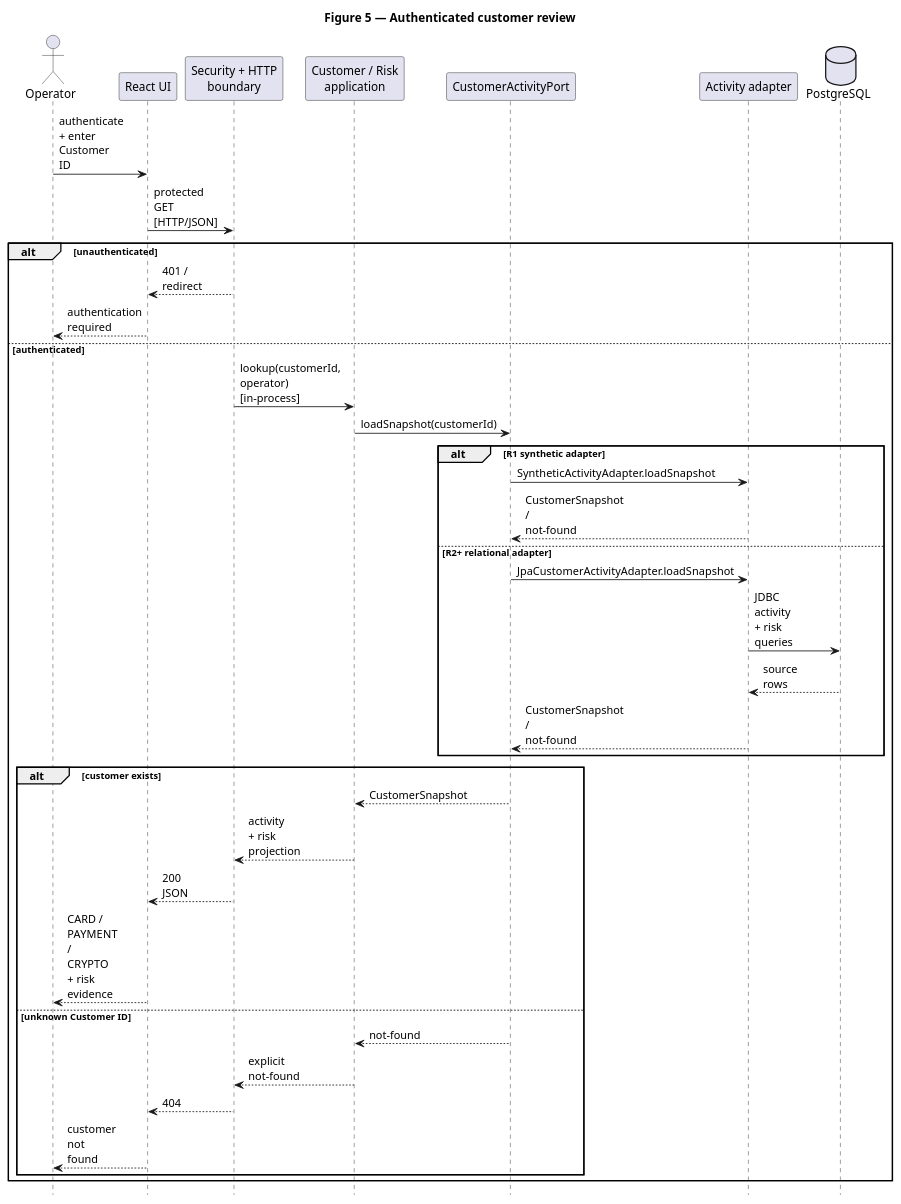
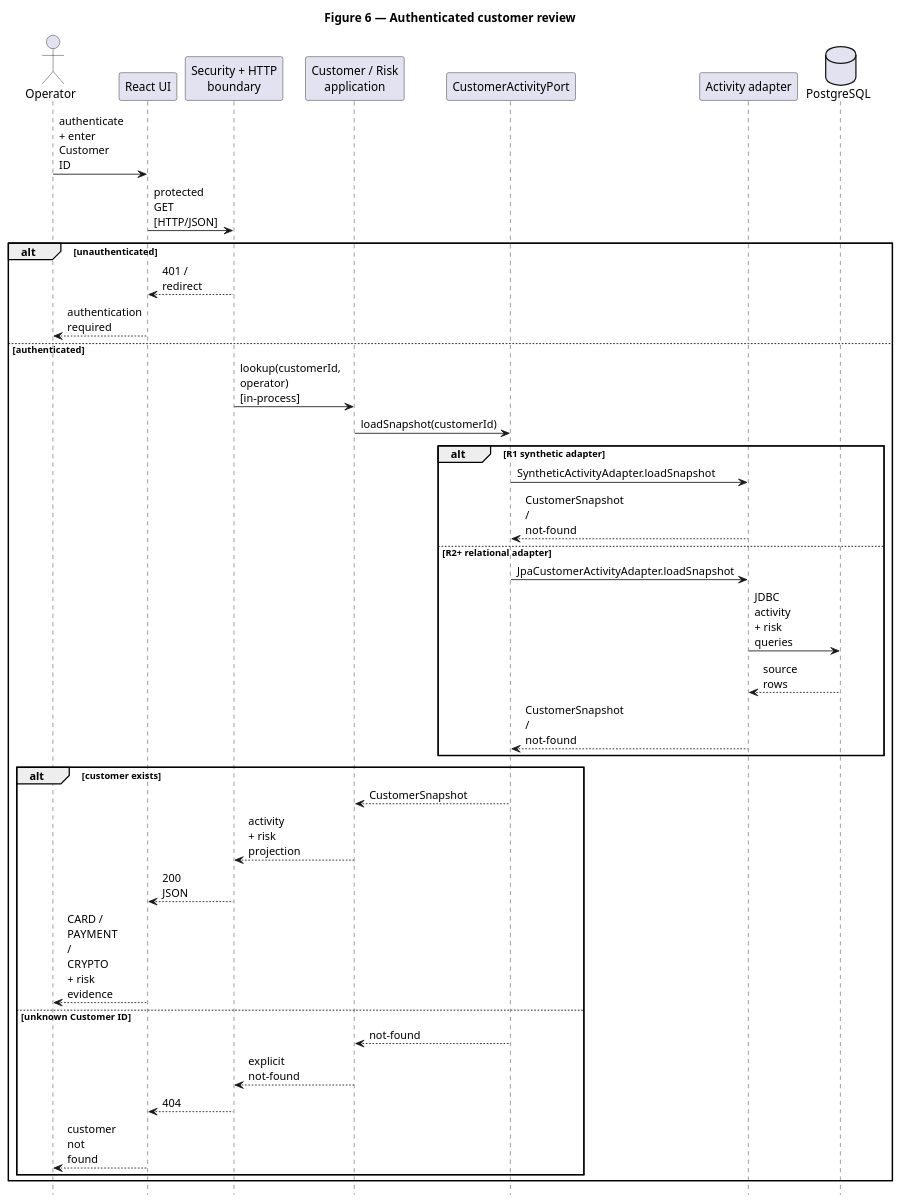
The diagram in docs/assignment/SDD/diagrams/sequence-customer-review.puml (jdoe-dev-159753/specgraph-reference-app), drawn with PlantUML before and after one commit.

Commit message:
docs: renumber customer review figure

```diff
--- a/docs/assignment/SDD/diagrams/sequence-customer-review.puml
+++ b/docs/assignment/SDD/diagrams/sequence-customer-review.puml
@@ -1,44 +1,44 @@
 @startuml
-title Figure 5 — Authenticated customer review
+title Figure 6 — Authenticated customer review
 hide footbox
 skinparam maxMessageSize 52
 
 actor Operator
 participant "React UI" as UI
 participant "Security + HTTP\nboundary" as Boundary
 participant "Customer / Risk\napplication" as App
 participant "CustomerActivityPort" as Port
 participant "Activity adapter" as Adapter
 database "PostgreSQL" as DB
 
 Operator -> UI : authenticate + enter Customer ID
 UI -> Boundary : protected GET [HTTP/JSON]
 alt unauthenticated
   Boundary --> UI : 401 / redirect
   UI --> Operator : authentication required
 else authenticated
   Boundary -> App : lookup(customerId, operator) [in-process]
   App -> Port : loadSnapshot(customerId)
   alt R1 synthetic adapter
     Port -> Adapter : SyntheticActivityAdapter.loadSnapshot
     Adapter --> Port : CustomerSnapshot / not-found
   else R2+ relational adapter
     Port -> Adapter : JpaCustomerActivityAdapter.loadSnapshot
     Adapter -> DB : JDBC activity + risk queries
     DB --> Adapter : source rows
     Adapter --> Port : CustomerSnapshot / not-found
   end
 
   alt customer exists
     Port --> App : CustomerSnapshot
     App --> Boundary : activity + risk projection
     Boundary --> UI : 200 JSON
     UI --> Operator : CARD / PAYMENT / CRYPTO + risk evidence
   else unknown Customer ID
     Port --> App : not-found
     App --> Boundary : explicit not-found
     Boundary --> UI : 404
     UI --> Operator : customer not found
   end
 end
 @enduml
```
